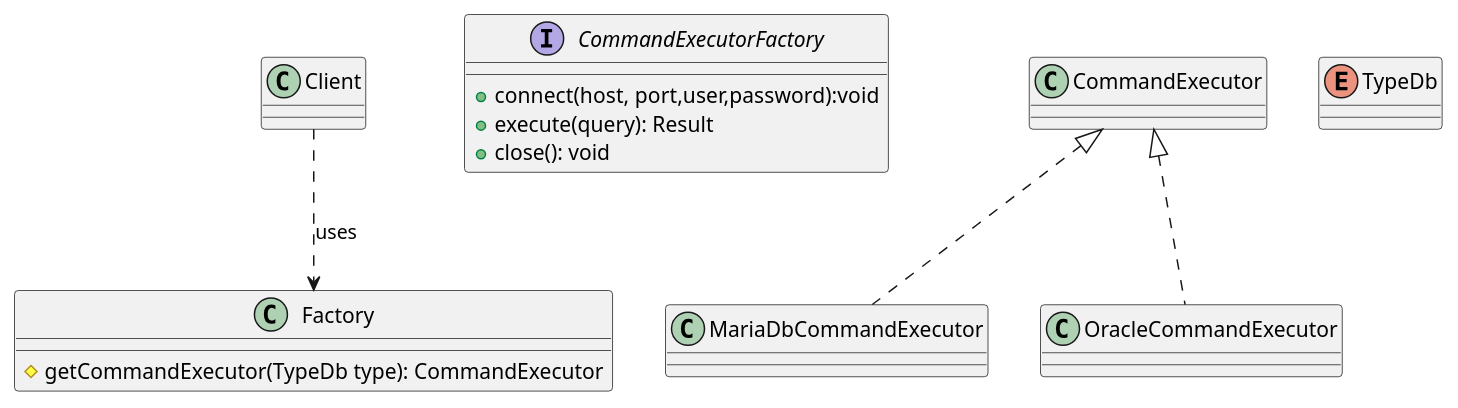
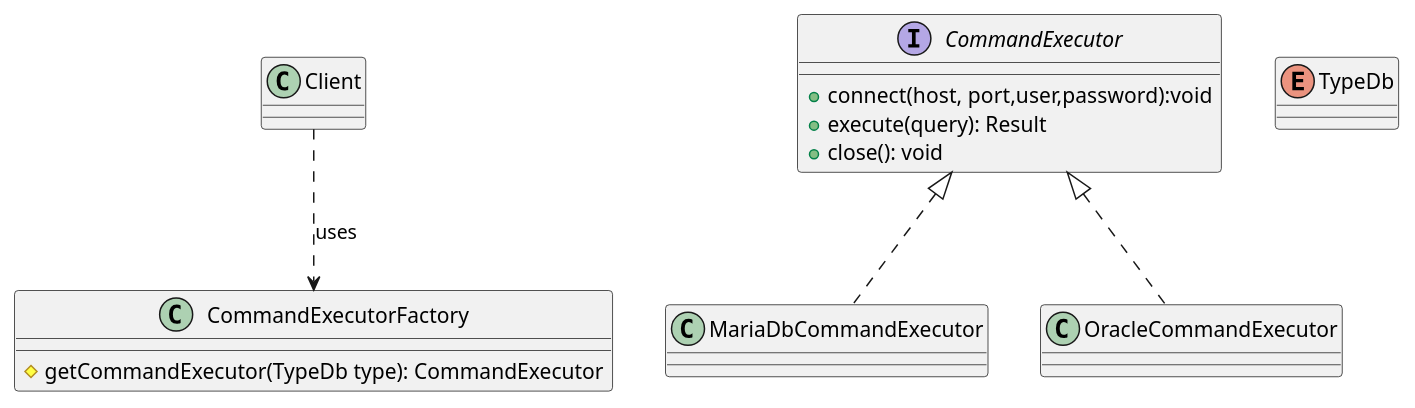
Before and after one commit to jandry/design-pattern: the diagram in src/uml/factory.puml, drawn with PlantUML. The commit also changed 2 other files, not shown here.

```diff
--- a/src/uml/factory.puml
+++ b/src/uml/factory.puml
@@ -1,20 +1,20 @@
 @startuml Factory
 class Client
-interface CommandExecutorFactory {
+interface CommandExecutor {
      + connect(host, port,user,password):void  
      + execute(query): Result  
      + close(): void
 }
 class MariaDbCommandExecutor
 class OracleCommandExecutor
-class Factory {
+class CommandExecutorFactory {
      # getCommandExecutor(TypeDb type): CommandExecutor
 }
 enum TypeDb
 
 CommandExecutor <|.. MariaDbCommandExecutor
 CommandExecutor <|..OracleCommandExecutor
 
-Client ..> Factory : uses
+Client ..> CommandExecutorFactory : uses
 
 @enduml
```
